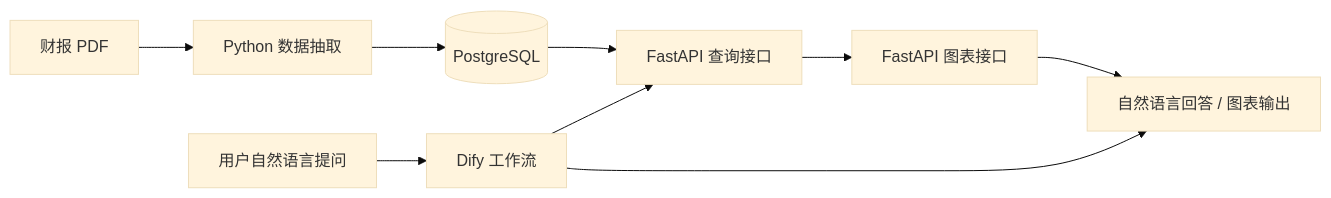
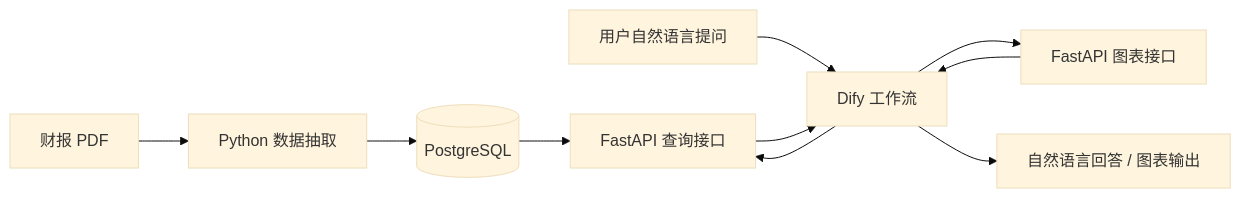
The diagram in README.md (lalalaplace/dify-financial-report-assistant), drawn with Mermaid (base theme) before and after one commit. The commit also changed other lines of this file and 1 other file, not shown here.

Commit message:
Update README workflow screenshot

````diff
--- a/README.md
+++ b/README.md
@@ -7,11 +7,12 @@
 ```mermaid
 flowchart LR
     A[财报 PDF] --> B[Python 数据抽取]
     B --> C[(PostgreSQL)]
     C --> D[FastAPI 查询接口]
     E[用户自然语言提问] --> F[Dify 工作流]
     F --> D
-    D --> H[FastAPI 图表接口]
-    H --> G
+    D --> F
+    F --> H[FastAPI 图表接口]
+    H --> F
     F --> G[自然语言回答 / 图表输出]
 ```
````
